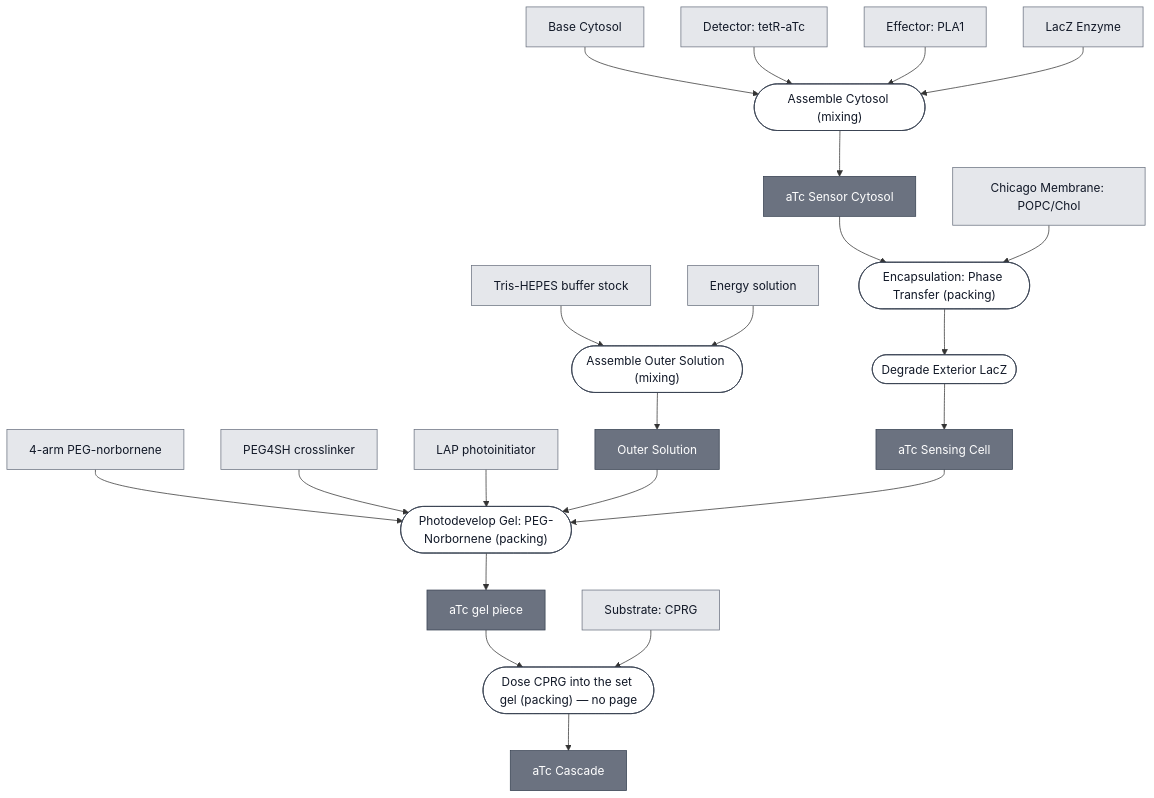
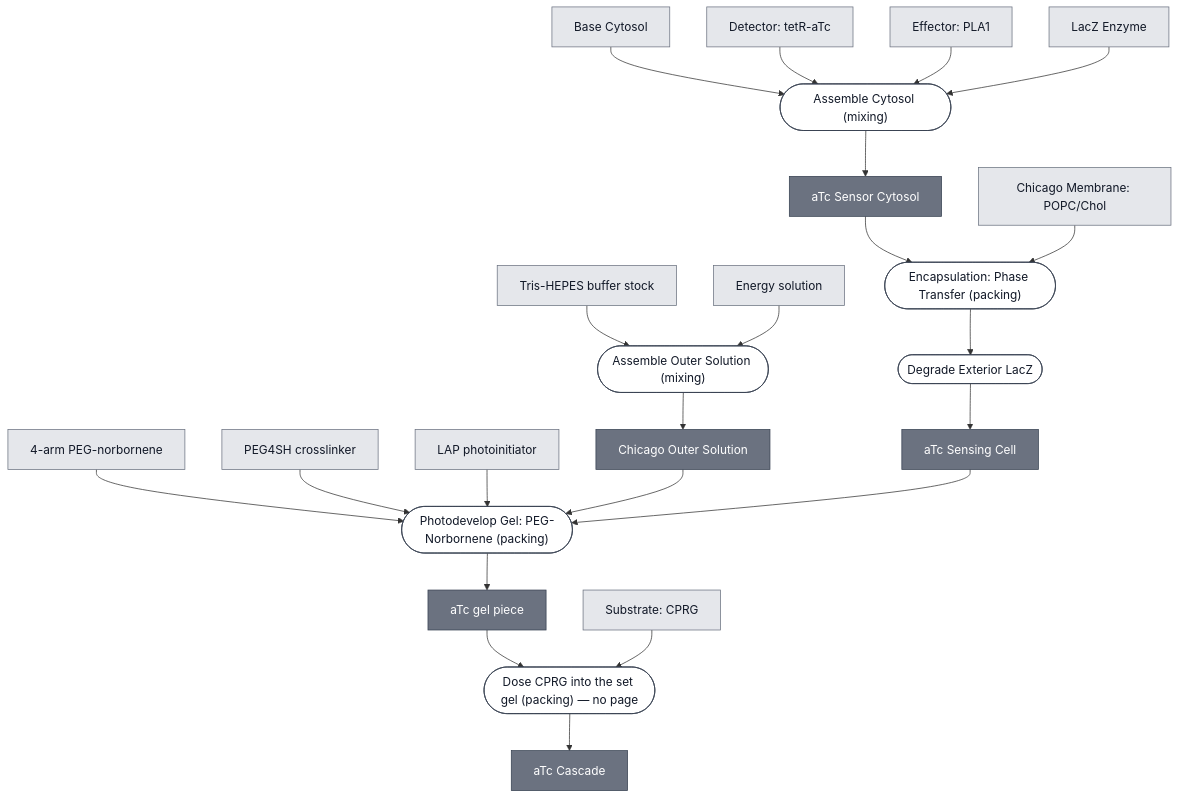
Before and after one commit to nucleus-eng/nucleus-docs: the diagram in docs/modules/atc-cascade/spec.md, drawn with Mermaid. The commit also changed 18 other files, not shown here.

````diff
--- a/docs/modules/atc-cascade/spec.md
+++ b/docs/modules/atc-cascade/spec.md
@@ -34,76 +34,77 @@
 ```mermaid
 flowchart TD
     BASE_CYTOSOL["Base Cytosol"]
     DETECTOR_TETR_ATC["Detector: tetR-aTc"]
     EFFECTOR_PLA1["Effector: PLA1"]
     REPORTER_LACZ_ENZYME["LacZ Enzyme"]
     MEMBRANE_CHICAGO["Chicago Membrane: POPC/Chol"]
     SUBSTRATE_CPRG["Substrate: CPRG"]
     TRIS_HEPES_STOCK["Tris-HEPES buffer stock"]
     ENERGY_SOLUTION["Energy solution"]
     PEG_NORBORNENE_MONOMER["4-arm PEG-norbornene"]
     PEG4SH["PEG4SH crosslinker"]
     LAP["LAP photoinitiator"]
 
     P1_ASSEMBLE_OUTER_SOLUTION_0(["Assemble Outer Solution (mixing)"])
-    CHICAGO_OUTER_SOLUTION["Outer Solution"]
+    OUTER_SOLUTION_CHICAGO["Chicago Outer Solution"]
     P2_ASSEMBLE_CYTOSOL_0(["Assemble Cytosol (mixing)"])
     ATC_SENSOR_CYTOSOL["aTc Sensor Cytosol"]
     P3_ENCAPSULATE_0(["Encapsulation: Phase Transfer (packing)"])
     P3_ENCAPSULATE_1(["Degrade Exterior LacZ"])
     ATC_SENSING_CELL["aTc Sensing Cell"]
     P4_PHOTODEVELOP_GEL_0(["Photodevelop Gel: PEG-Norbornene (packing)"])
     ATC_GEL["aTc gel piece"]
     P5_DOSE_CPRG_0(["Dose CPRG into the set gel (packing) — no page"])
     ATC_CASCADE["aTc Cascade"]
 
     TRIS_HEPES_STOCK --> P1_ASSEMBLE_OUTER_SOLUTION_0
     ENERGY_SOLUTION --> P1_ASSEMBLE_OUTER_SOLUTION_0
-    P1_ASSEMBLE_OUTER_SOLUTION_0 --> CHICAGO_OUTER_SOLUTION
+    P1_ASSEMBLE_OUTER_SOLUTION_0 --> OUTER_SOLUTION_CHICAGO
 
     BASE_CYTOSOL --> P2_ASSEMBLE_CYTOSOL_0
     DETECTOR_TETR_ATC --> P2_ASSEMBLE_CYTOSOL_0
     EFFECTOR_PLA1 --> P2_ASSEMBLE_CYTOSOL_0
     REPORTER_LACZ_ENZYME --> P2_ASSEMBLE_CYTOSOL_0
     P2_ASSEMBLE_CYTOSOL_0 --> ATC_SENSOR_CYTOSOL
 
     ATC_SENSOR_CYTOSOL --> P3_ENCAPSULATE_0
     MEMBRANE_CHICAGO --> P3_ENCAPSULATE_0
     P3_ENCAPSULATE_0 --> P3_ENCAPSULATE_1
     P3_ENCAPSULATE_1 --> ATC_SENSING_CELL
 
     PEG_NORBORNENE_MONOMER --> P4_PHOTODEVELOP_GEL_0
     PEG4SH --> P4_PHOTODEVELOP_GEL_0
     LAP --> P4_PHOTODEVELOP_GEL_0
-    CHICAGO_OUTER_SOLUTION --> P4_PHOTODEVELOP_GEL_0
+    OUTER_SOLUTION_CHICAGO --> P4_PHOTODEVELOP_GEL_0
     ATC_SENSING_CELL --> P4_PHOTODEVELOP_GEL_0
     P4_PHOTODEVELOP_GEL_0 --> ATC_GEL
 
     ATC_GEL --> P5_DOSE_CPRG_0
     SUBSTRATE_CPRG --> P5_DOSE_CPRG_0
     P5_DOSE_CPRG_0 --> ATC_CASCADE
 
 
     classDef leaf     fill:#e5e7eb,stroke:#6b7280,color:#111827;
     classDef composed fill:#6b7280,stroke:#374151,color:#ffffff;
     classDef process  fill:#ffffff,stroke:#374151,color:#111827;
     class BASE_CYTOSOL,DETECTOR_TETR_ATC,EFFECTOR_PLA1,REPORTER_LACZ_ENZYME,MEMBRANE_CHICAGO,SUBSTRATE_CPRG,TRIS_HEPES_STOCK,ENERGY_SOLUTION,PEG_NORBORNENE_MONOMER,PEG4SH,LAP leaf;
-    class CHICAGO_OUTER_SOLUTION,ATC_SENSOR_CYTOSOL,ATC_SENSING_CELL,ATC_GEL,ATC_CASCADE composed;
+    class OUTER_SOLUTION_CHICAGO,ATC_SENSOR_CYTOSOL,ATC_SENSING_CELL,ATC_GEL,ATC_CASCADE composed;
     class P1_ASSEMBLE_OUTER_SOLUTION_0,P2_ASSEMBLE_CYTOSOL_0,P3_ENCAPSULATE_0,P3_ENCAPSULATE_1,P4_PHOTODEVELOP_GEL_0,P5_DOSE_CPRG_0 process;
 
     click BASE_CYTOSOL "/docs/modules/base-cytosol/spec"
     click DETECTOR_TETR_ATC "/docs/modules/detector-tetr-atc/spec"
     click EFFECTOR_PLA1 "/docs/modules/effector-pla1/spec"
     click REPORTER_LACZ_ENZYME "/docs/modules/reporter-lacz-enzyme/spec"
     click MEMBRANE_CHICAGO "/docs/modules/membrane-popc-chol-chicago/spec"
     click SUBSTRATE_CPRG "/docs/modules/substrate-cprg/spec"
     click PEG_NORBORNENE_MONOMER "/docs/modules/gel-peg-norbornene/spec"
     click P1_ASSEMBLE_OUTER_SOLUTION_0 "/docs/processes/assemble-outer-solution/main"
+    click OUTER_SOLUTION_CHICAGO "/docs/modules/outer-solution-chicago/spec"
     click P2_ASSEMBLE_CYTOSOL_0 "/docs/processes/assemble-cytosol/assemble-cytosol-main"
     click ATC_SENSOR_CYTOSOL "/docs/modules/atc-sensor-cytosol/spec"
     click P3_ENCAPSULATE_0 "/docs/processes/assemble-base-cell/main"
     click P3_ENCAPSULATE_1 "/docs/processes/degrade-exterior-lacz/main"
     click ATC_SENSING_CELL "/docs/modules/atc-sensing-cell/spec"
     click P4_PHOTODEVELOP_GEL_0 "/docs/processes/photodevelop-peg-norbornene/main"
     click ATC_CASCADE "/docs/modules/atc-cascade/spec"
 ```
````
